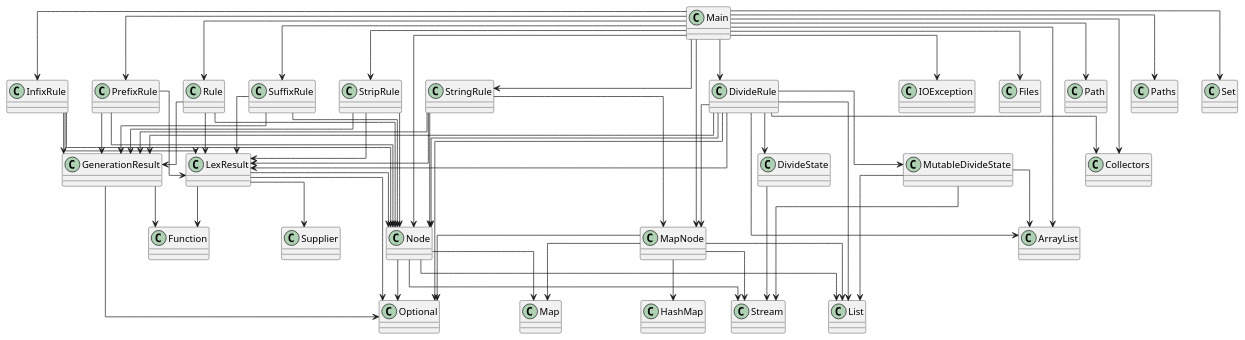
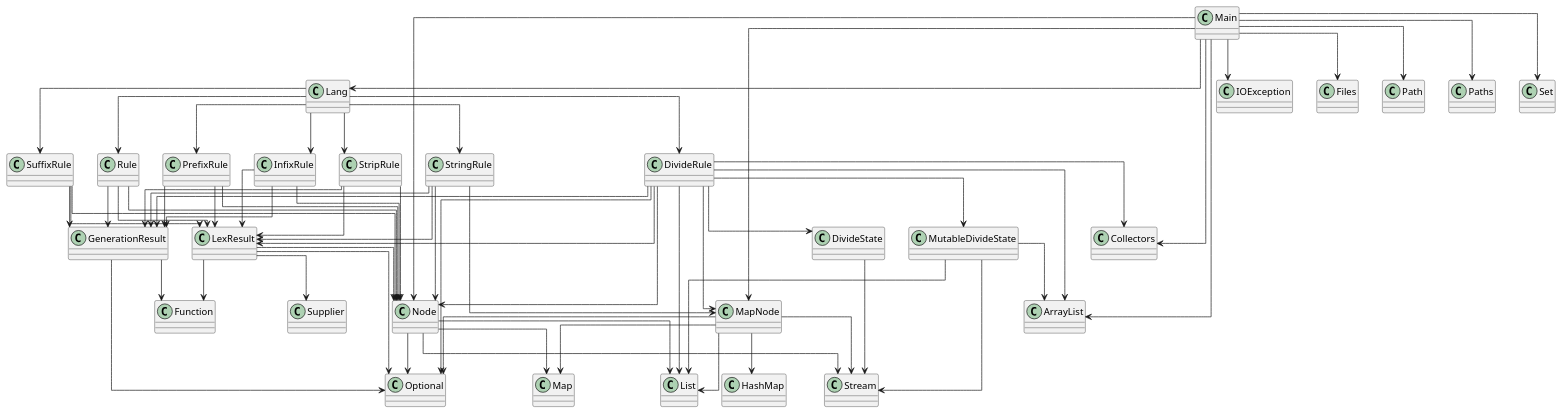
The diagram in diagram.puml (SirMathhman/Magma), drawn with PlantUML before and after one commit. The commit also changed 2 other files, not shown here.

Commit message:
Introduce Lang

```diff
--- a/diagram.puml
+++ b/diagram.puml
@@ -1,81 +1,83 @@
 @startuml
 skinparam linetype ortho
 class Node
 Node --> List
 Node --> Map
 Node --> Optional
 Node --> Stream
 class Rule
 Rule --> Node
 Rule --> GenerationResult
 Rule --> LexResult
+class Lang
+Lang --> DivideRule
+Lang --> InfixRule
+Lang --> PrefixRule
+Lang --> Rule
+Lang --> StringRule
+Lang --> StripRule
+Lang --> SuffixRule
 class LexResult
 LexResult --> Node
 LexResult --> Optional
 LexResult --> Function
 LexResult --> Supplier
 class MutableDivideState
 MutableDivideState --> ArrayList
 MutableDivideState --> List
 MutableDivideState --> Stream
 class InfixRule
 InfixRule --> Node
 InfixRule --> GenerationResult
 InfixRule --> LexResult
 class DivideRule
 DivideRule --> MapNode
 DivideRule --> Node
 DivideRule --> DivideState
 DivideRule --> MutableDivideState
 DivideRule --> GenerationResult
 DivideRule --> LexResult
 DivideRule --> ArrayList
 DivideRule --> List
 DivideRule --> Optional
 DivideRule --> Collectors
 class PrefixRule
 PrefixRule --> Node
 PrefixRule --> GenerationResult
 PrefixRule --> LexResult
 class StringRule
 StringRule --> MapNode
 StringRule --> Node
 StringRule --> GenerationResult
 StringRule --> LexResult
 class SuffixRule
 SuffixRule --> Node
 SuffixRule --> GenerationResult
 SuffixRule --> LexResult
 class GenerationResult
 GenerationResult --> Optional
 GenerationResult --> Function
 class StripRule
 StripRule --> Node
 StripRule --> GenerationResult
 StripRule --> LexResult
 class Main
 Main --> MapNode
 Main --> Node
-Main --> DivideRule
-Main --> InfixRule
-Main --> PrefixRule
-Main --> Rule
-Main --> StringRule
-Main --> StripRule
-Main --> SuffixRule
+Main --> Lang
 Main --> IOException
 Main --> Files
 Main --> Path
 Main --> Paths
 Main --> ArrayList
 Main --> Set
 Main --> Collectors
 class MapNode
 MapNode --> HashMap
 MapNode --> List
 MapNode --> Map
 MapNode --> Optional
 MapNode --> Stream
 class DivideState
 DivideState --> Stream
 @enduml
```
